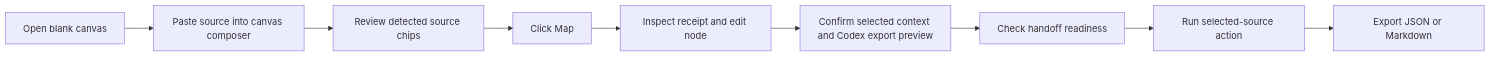
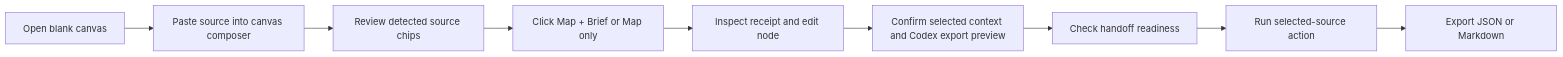
Before and after one commit to frankxai/starlight-agent-canvas: the first of 2 diagrams in docs/user-flows.md, drawn with Mermaid. The commit also changed other lines of this file and 30 other files, not shown here.

````diff
--- a/docs/user-flows.md
+++ b/docs/user-flows.md
@@ -5,11 +5,11 @@
 ```mermaid
 flowchart LR
   open["Open blank canvas"] --> paste["Paste source into canvas composer"]
   paste --> preview["Review detected source chips"]
-  preview --> map["Click Map"]
+  preview --> map["Click Map + Brief or Map only"]
   map --> inspect["Inspect receipt and edit node"]
   inspect --> scope["Confirm selected context and Codex export preview"]
   scope --> ready["Check handoff readiness"]
   ready --> action["Run selected-source action"]
   action --> export["Export JSON or Markdown"]
 ```
````
